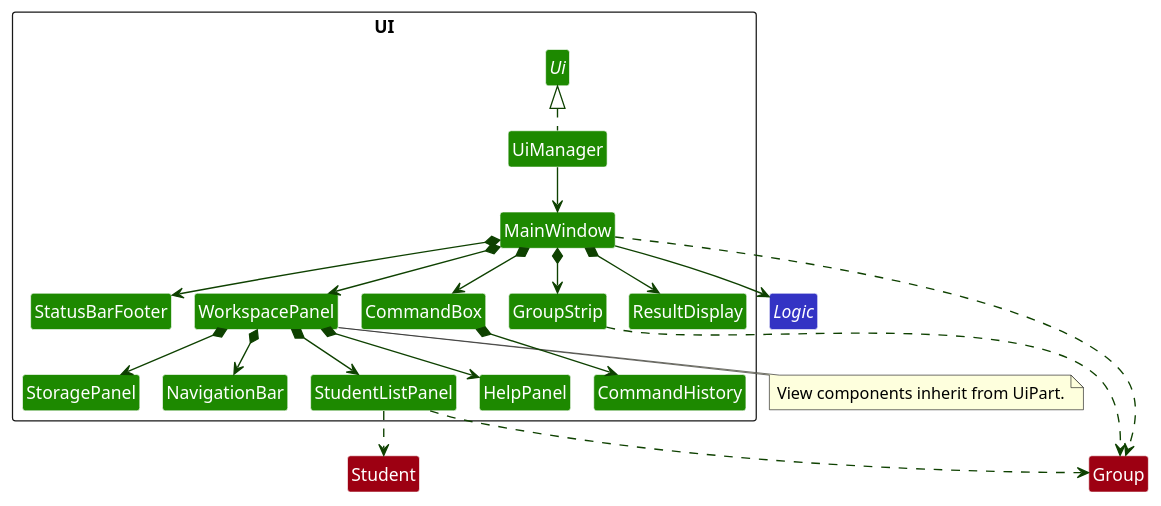
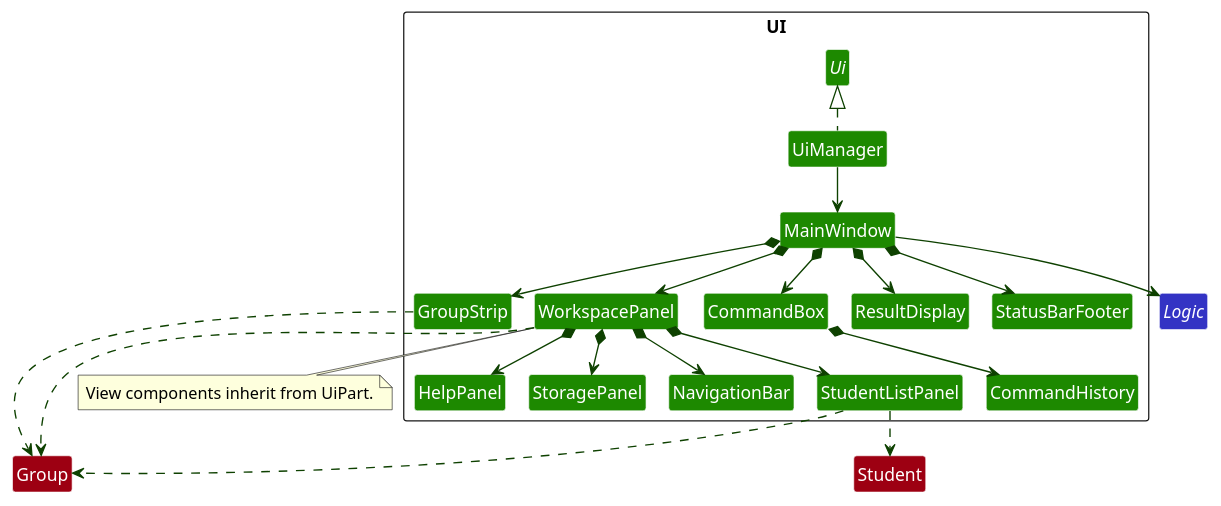
Before and after one commit to AY2627S1-CS2103T-T12-4/tp: the diagram in docs/diagrams/UiClassDiagram.puml, drawn with PlantUML. The commit also changed 1 other file, not shown here.

Commit message:
Correct the UI diagram group dependency

```diff
--- a/docs/diagrams/UiClassDiagram.puml
+++ b/docs/diagrams/UiClassDiagram.puml
@@ -1,55 +1,55 @@
 @startuml
 !pragma layout smetana
 skinparam shadowing false
 skinparam packageStyle rectangle
 skinparam classBackgroundColor #1D8900
 skinparam classFontColor white
 skinparam classBorderColor white
 skinparam packageBackgroundColor white
 hide members
 hide circle
 skinparam arrowThickness 1.1
 skinparam arrowColor #0E4100
 
 package UI <<Rectangle>> {
 interface Ui
 class UiManager
 class MainWindow
 class GroupStrip
 class NavigationBar
 class WorkspacePanel
 class CommandBox
 class CommandHistory
 class ResultDisplay
 class StatusBarFooter
 class StudentListPanel
 class HelpPanel
 class StoragePanel
 }
 
 UiManager .up.|> Ui
 UiManager --> MainWindow
 MainWindow *--> CommandBox
 CommandBox *--> CommandHistory
 MainWindow *--> ResultDisplay
 MainWindow *--> StatusBarFooter
 MainWindow *--> GroupStrip
 MainWindow *--> WorkspacePanel
 WorkspacePanel *--> NavigationBar
 WorkspacePanel *--> StudentListPanel
 WorkspacePanel *--> HelpPanel
 WorkspacePanel *--> StoragePanel
 
 note bottom of WorkspacePanel
 View components inherit from UiPart.
 end note
 
 interface Logic #3333C4
 class Group #9D0012
 class Student #9D0012
 MainWindow --> Logic
-MainWindow ..> Group
+WorkspacePanel ..> Group
 StudentListPanel ..> Group
 GroupStrip ..> Group
 StudentListPanel ..> Student
 @enduml
```
